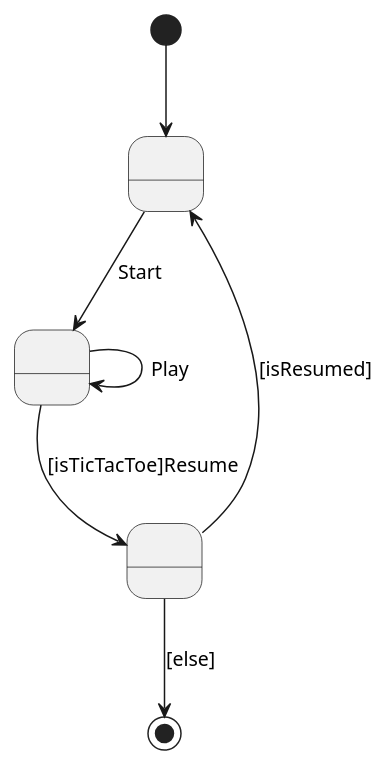
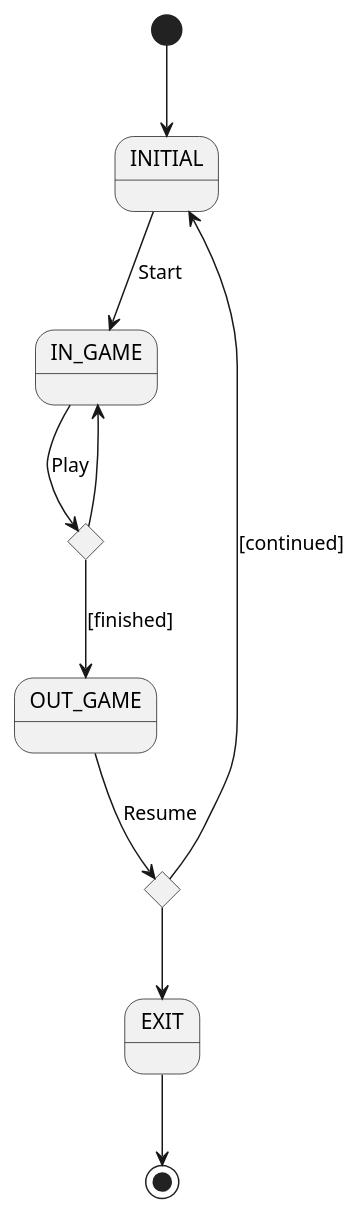
One commit to EscuelaIt/tictactoe-master-desarrollo-requirements changed the second of 5 diagrams in 1.Sencilla/docs/diagrams/src/vistaCasosUso.plantuml. Above: the diagram before and after it, drawn with PlantUML. The commit also changed other lines of this file and 14 other files, not shown here.

Commit message:
Sencilla diagrams updated

```diff
--- a/1.Sencilla/docs/diagrams/src/vistaCasosUso.plantuml
+++ b/1.Sencilla/docs/diagrams/src/vistaCasosUso.plantuml
@@ -13,11 +13,18 @@
 @startuml contexto
-state State0 as " "
-state State1 as " "
-state State2 as " "
-[*] --> State0
-State0 --> State1 : Start
-State1 --> State1 : Play
-State1 --> State2 : [isTicTacToe]Resume
-State2 --> State0 : [isResumed]
-State2 --> [*] : [else]
+state INITIAL
+state IN_GAME
+state OUT_GAME
+state EXIT
+state if_finished <<choice>>
+state if_resumed <<choice>>
+
+[*] --> INITIAL
+INITIAL --> IN_GAME: Start
+IN_GAME --> if_finished: Play
+if_finished --> IN_GAME
+if_finished --> OUT_GAME: [finished]
+OUT_GAME --> if_resumed: Resume
+if_resumed --> INITIAL: [continued]
+if_resumed --> EXIT
+EXIT --> [*]
 @enduml
```
